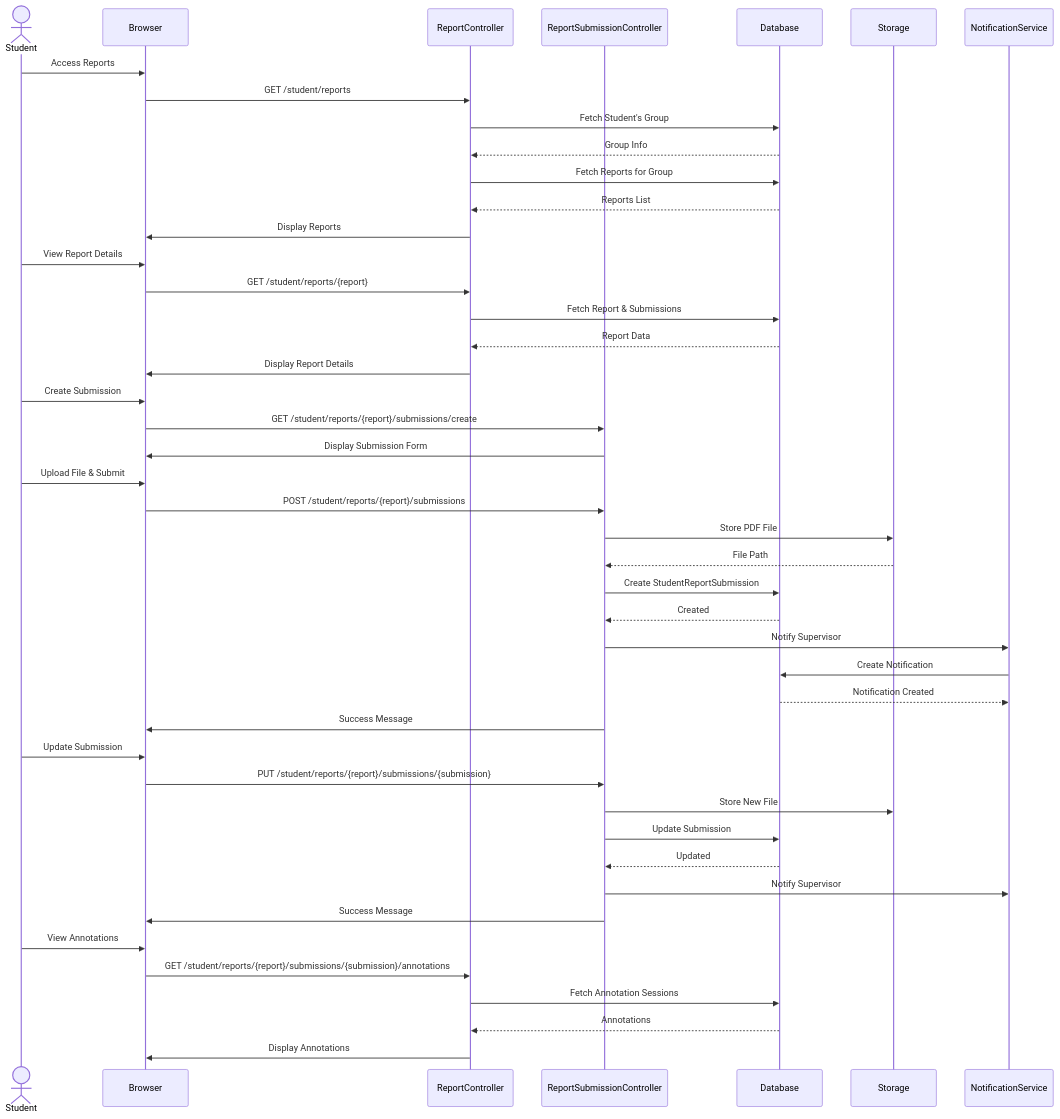
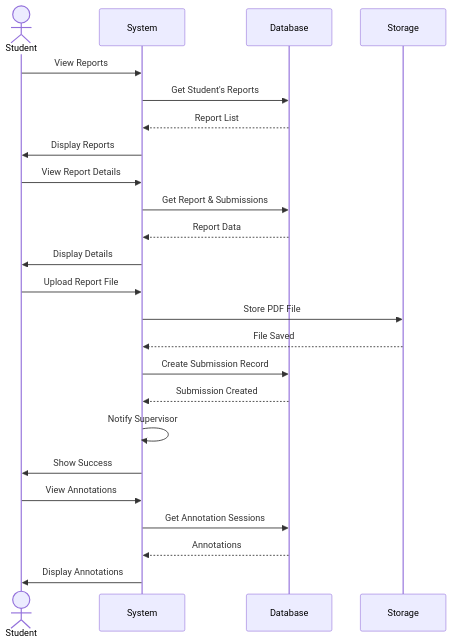
The eighth of 19 diagrams in documentation/sequence-diagrams.md (abdullah2323442/thesisrepo-backup), drawn with Mermaid before and after one commit. The commit also changed other lines of this file, not shown here.

````diff
--- a/documentation/sequence-diagrams.md
+++ b/documentation/sequence-diagrams.md
@@ -356,55 +227,30 @@
 ```mermaid
 sequenceDiagram
     actor Student
-    participant Browser
-    participant ReportController
-    participant ReportSubmissionController
+    participant System
     participant Database
     participant Storage
-    participant NotificationService
 
-    Student->>Browser: Access Reports
-    Browser->>ReportController: GET /student/reports
-    ReportController->>Database: Fetch Student's Group
-    Database-->>ReportController: Group Info
-    ReportController->>Database: Fetch Reports for Group
-    Database-->>ReportController: Reports List
-    ReportController->>Browser: Display Reports
+    Student->>System: View Reports
+    System->>Database: Get Student's Reports
+    Database-->>System: Report List
+    System->>Student: Display Reports
     
-    Student->>Browser: View Report Details
-    Browser->>ReportController: GET /student/reports/{report}
-    ReportController->>Database: Fetch Report & Submissions
-    Database-->>ReportController: Report Data
-    ReportController->>Browser: Display Report Details
+    Student->>System: View Report Details
+    System->>Database: Get Report & Submissions
+    Database-->>System: Report Data
+    System->>Student: Display Details
     
-    Student->>Browser: Create Submission
-    Browser->>ReportSubmissionController: GET /student/reports/{report}/submissions/create
-    ReportSubmissionController->>Browser: Display Submission Form
+    Student->>System: Upload Report File
+    System->>Storage: Store PDF File
+    Storage-->>System: File Saved
+    System->>Database: Create Submission Record
+    Database-->>System: Submission Created
+    System->>System: Notify Supervisor
+    System->>Student: Show Success
     
-    Student->>Browser: Upload File & Submit
-    Browser->>ReportSubmissionController: POST /student/reports/{report}/submissions
-    ReportSubmissionController->>Storage: Store PDF File
-    Storage-->>ReportSubmissionController: File Path
-    ReportSubmissionController->>Database: Create StudentReportSubmission
-    Database-->>ReportSubmissionController: Created
-    
-    ReportSubmissionController->>NotificationService: Notify Supervisor
-    NotificationService->>Database: Create Notification
-    Database-->>NotificationService: Notification Created
-    
-    ReportSubmissionController->>Browser: Success Message
-    
-    Student->>Browser: Update Submission
-    Browser->>ReportSubmissionController: PUT /student/reports/{report}/submissions/{submission}
-    ReportSubmissionController->>Storage: Store New File
-    ReportSubmissionController->>Database: Update Submission
-    Database-->>ReportSubmissionController: Updated
-    ReportSubmissionController->>NotificationService: Notify Supervisor
-    ReportSubmissionController->>Browser: Success Message
-    
-    Student->>Browser: View Annotations
-    Browser->>ReportController: GET /student/reports/{report}/submissions/{submission}/annotations
-    ReportController->>Database: Fetch Annotation Sessions
-    Database-->>ReportController: Annotations
-    ReportController->>Browser: Display Annotations
+    Student->>System: View Annotations
+    System->>Database: Get Annotation Sessions
+    Database-->>System: Annotations
+    System->>Student: Display Annotations
 ```
````
